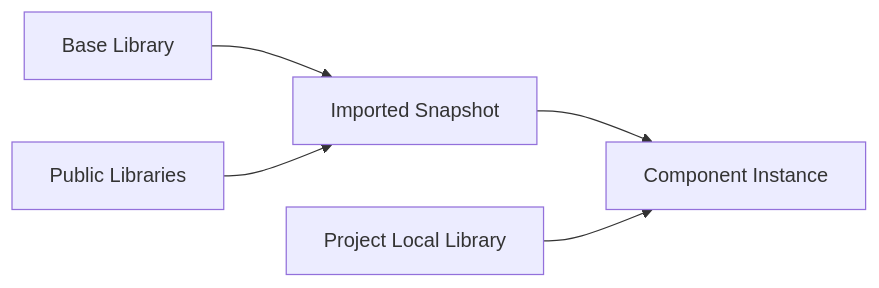
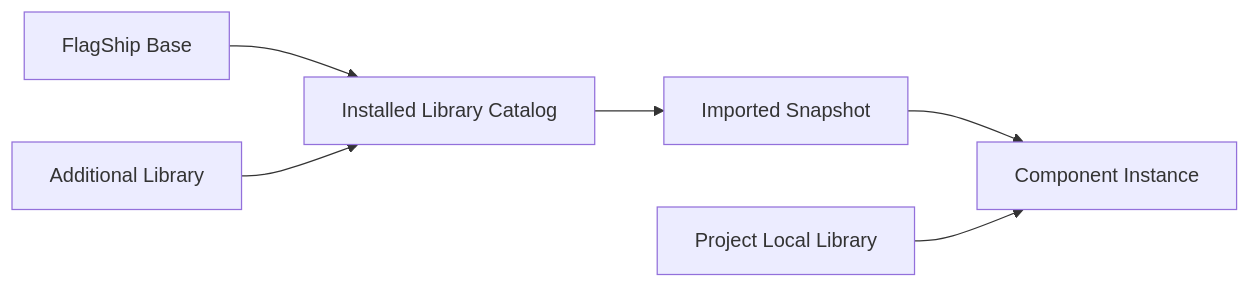
One commit to northwest-hcu/FlagShip changed the second of 3 diagrams in docs/architecture/05-ui-and-responsive-model.md. Above: the diagram before and after it, drawn with Mermaid. The commit also changed other lines of this file and 24 other files, not shown here.

````diff
--- a/docs/architecture/05-ui-and-responsive-model.md
+++ b/docs/architecture/05-ui-and-responsive-model.md
@@ -97,7 +97,8 @@
 ```mermaid
 flowchart LR
-    Base["Base Library"] --> Imported["Imported Snapshot"]
-    Public["Public Libraries"] --> Imported
+    Base["FlagShip Base"] --> Catalog["Installed Library Catalog"]
+    Public["Additional Library"] --> Catalog
+    Catalog --> Imported["Imported Snapshot"]
     Imported --> Instance["Component Instance"]
     Local["Project Local Library"] --> Instance
 ```
````
